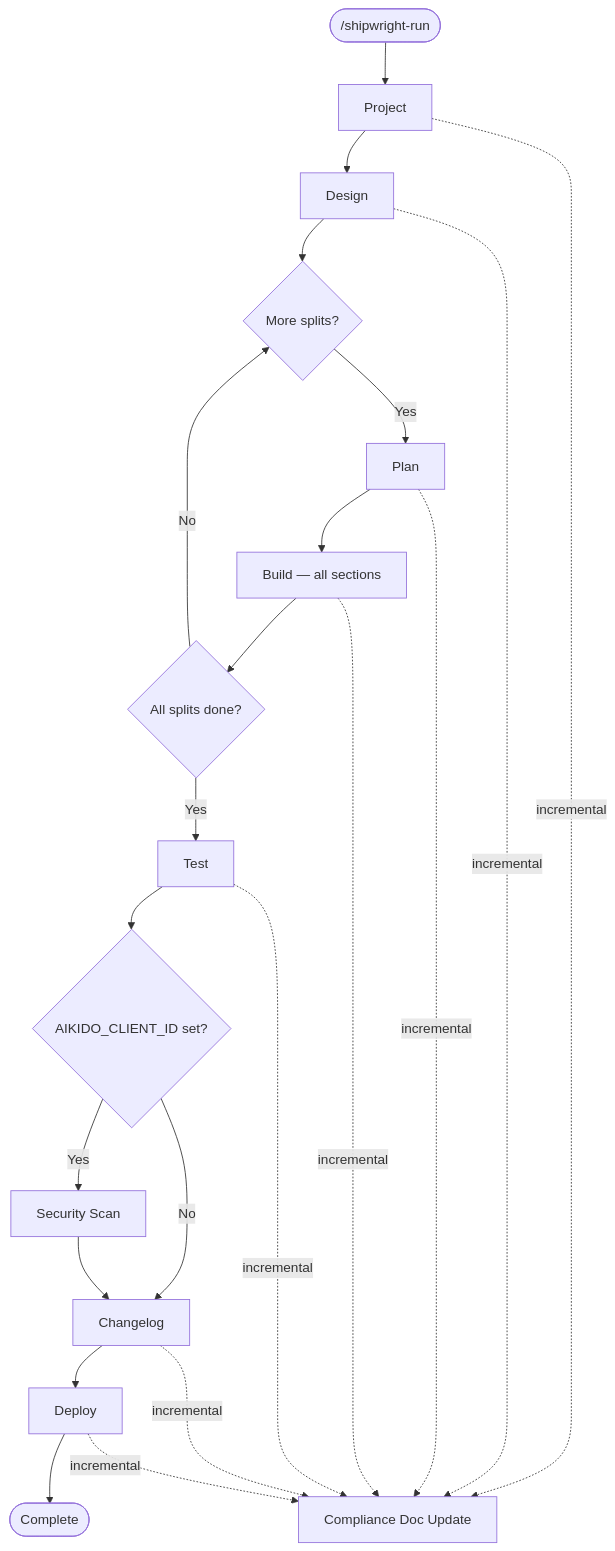
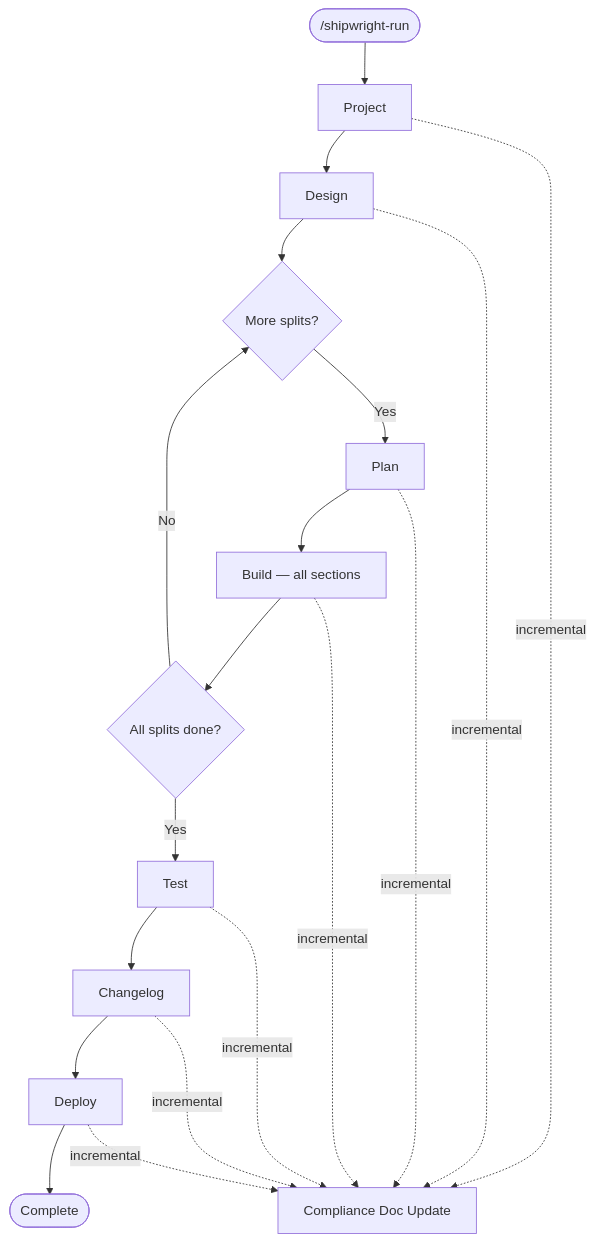
The diagram in docs/hooks-and-pipeline.md (svenroth-ai/shipwright), drawn with Mermaid before and after one commit. The commit also changed other lines of this file and 1 other file, not shown here.

````diff
--- a/docs/hooks-and-pipeline.md
+++ b/docs/hooks-and-pipeline.md
@@ -11,32 +11,34 @@
 ```mermaid
 flowchart TD
     START([/shipwright-run]) --> PROJECT[Project]
     PROJECT --> DESIGN[Design]
     DESIGN --> PLAN_LOOP{More splits?}
 
     PLAN_LOOP -->|Yes| PLAN[Plan]
     PLAN --> BUILD[Build — all sections]
     BUILD --> SPLIT_CHECK{All splits done?}
     SPLIT_CHECK -->|No| PLAN_LOOP
     SPLIT_CHECK -->|Yes| TEST[Test]
 
-    TEST --> SECURITY{AIKIDO_CLIENT_ID set?}
-    SECURITY -->|Yes| SEC_SCAN[Security Scan]
-    SECURITY -->|No| CHANGELOG
-    SEC_SCAN --> CHANGELOG[Changelog]
-
+    TEST --> CHANGELOG[Changelog]
     CHANGELOG --> DEPLOY[Deploy]
     DEPLOY --> DONE([Complete])
+
+    %% Out-of-band skills (NOT part of the orchestrator pipeline since
+    %% iterate `sec-report-and-orchestrator-decouple`, 2026-04):
+    %%   - /shipwright-security  → manual after test, or .github/workflows/security.yml
+    %%   - /shipwright-compliance → on-demand detective audit (run_audit.py)
+    %% Both are documented below; neither is auto-inserted by the state machine.
 
     %% Side-effects (dashed) — auto-background compliance doc update
     %% (plan v7 Option Z: compliance is no longer a pipeline phase; it
     %% fires as a non-blocking side effect after every completed phase.
     %% Detective audit runs on demand via /shipwright-compliance).
     PROJECT -.->|incremental| COMP_INC[Compliance Doc Update]
     DESIGN -.->|incremental| COMP_INC
     PLAN -.->|incremental| COMP_INC
     BUILD -.->|incremental| COMP_INC
     TEST -.->|incremental| COMP_INC
     CHANGELOG -.->|incremental| COMP_INC
     DEPLOY -.->|incremental| COMP_INC
 ```
````
